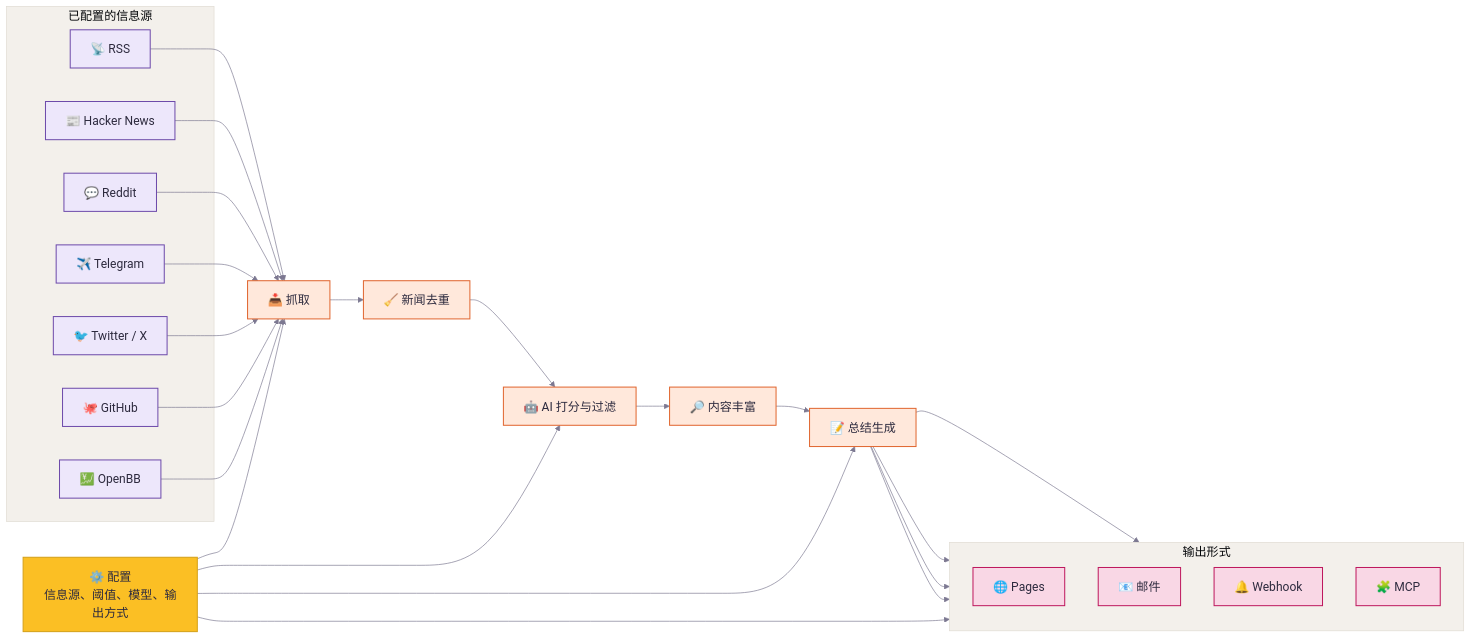
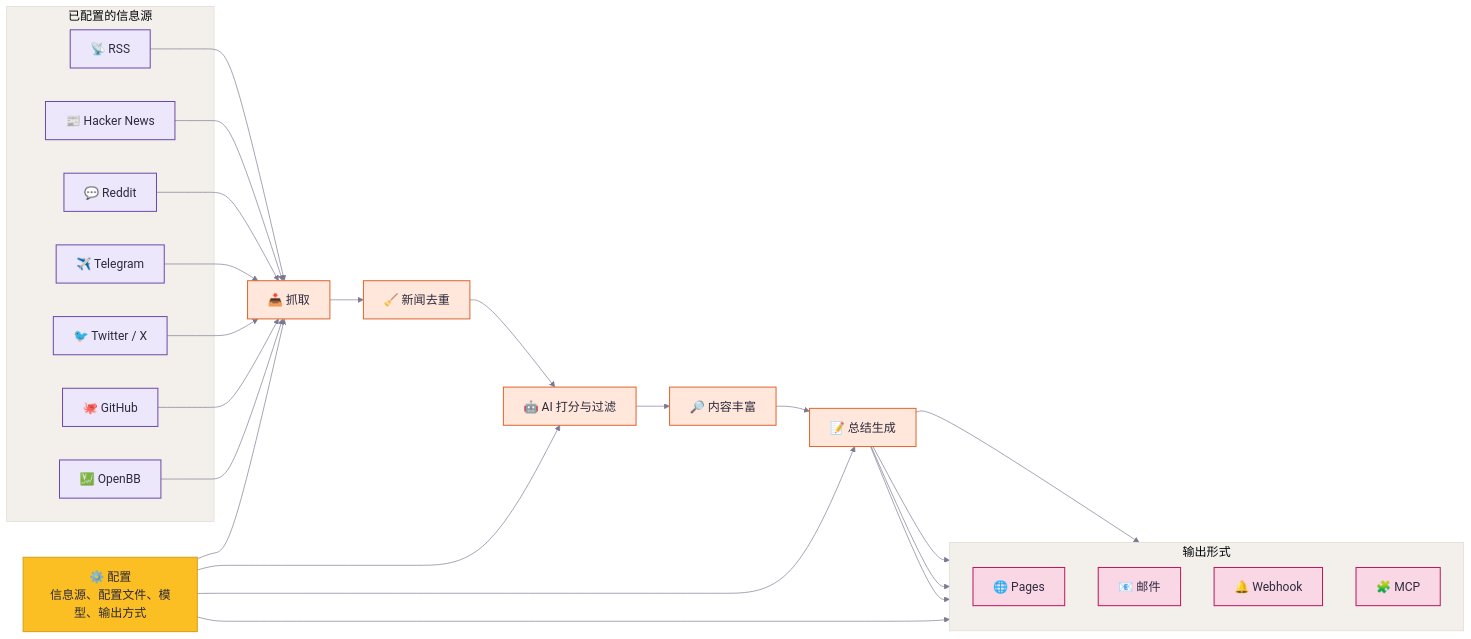
One commit to 748686/Horizon changed the diagram in README_zh.md. Above: the diagram before and after it, drawn with Mermaid. The commit also changed other lines of this file and 59 other files, not shown here.

````diff
--- a/README_zh.md
+++ b/README_zh.md
@@ -93,70 +93,70 @@
 ```mermaid
 %%{init: {
   "theme": "base",
   "themeVariables": {
     "fontFamily": "ui-sans-serif, system-ui, -apple-system, BlinkMacSystemFont, Segoe UI, sans-serif",
     "fontSize": "18px",
     "primaryTextColor": "#2d2a3e",
     "primaryBorderColor": "#e0dbd3",
     "lineColor": "#7c7891",
     "tertiaryColor": "#faf8f5",
     "clusterBkg": "#f3f0eb",
     "clusterBorder": "#e0dbd3"
   }
 }}%%
 flowchart LR
     classDef config fill:#fbbf24,stroke:#d4a017,color:#2d2a3e,stroke-width:1.5px;
     classDef source fill:#ede7fb,stroke:#6d4aaa,color:#2d2a3e,stroke-width:1.5px;
     classDef process fill:#ffe8db,stroke:#e0652e,color:#2d2a3e,stroke-width:1.5px;
     classDef output fill:#f9d7e5,stroke:#be185d,color:#2d2a3e,stroke-width:1.5px;
 
-    config["⚙️ 配置<br/>信息源、阈值、模型、输出方式"]
+    config["⚙️ 配置<br/>信息源、配置文件、模型、输出方式"]
 
      subgraph sources["已配置的信息源"]
          rss["📡 RSS"]
          hn["📰 Hacker News"]
          reddit["💬 Reddit"]
          telegram["✈️ Telegram"]
          twitter["🐦 Twitter / X"]
          github["🐙 GitHub"]
          openbb["💹 OpenBB"]
       end
 
     fetch["📥 抓取"]
     dedup["🧹 新闻去重"]
     score["🤖 AI 打分与过滤"]
     enrich["🔎 内容丰富"]
     summary["📝 总结生成"]
 
     subgraph outputs["输出形式"]
         direction TB
         site["🌐 Pages"]
         email["📧 邮件"]
         webhook["🔔 Webhook"]
         mcp["🧩 MCP"]
     end
 
      config --> fetch
      rss --> fetch
      hn --> fetch
      reddit --> fetch
       telegram --> fetch
       twitter --> fetch
       github --> fetch
       openbb --> fetch
 
     fetch --> dedup --> score --> enrich --> summary
     config --> score
     config --> summary
     config --> outputs
 
     summary --> site
     summary --> email
     summary --> webhook
     summary --> mcp
 
     class config config
     class rss,hn,reddit,telegram,twitter,github,openbb source
     class fetch,dedup,score,enrich,summary process
     class site,email,webhook,mcp output
 ```
````
